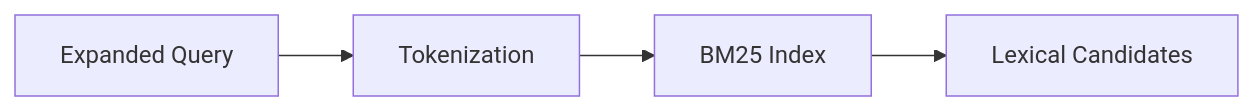
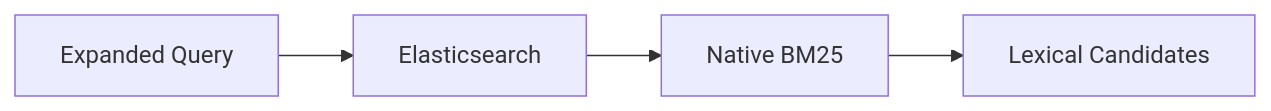
Before and after one commit to AdithyaGopakumar/Advanced-RAG-Banking: the fourth of 17 diagrams in docs/RAG_DESIGN.md, drawn with Mermaid. The commit also changed other lines of this file and 8 other files, not shown here.

````diff
--- a/docs/RAG_DESIGN.md
+++ b/docs/RAG_DESIGN.md
@@ -223,6 +223,6 @@
 ```mermaid
 flowchart LR
-    Query["Expanded Query"] --> Tokenize["Tokenization"]
-    Tokenize --> BM25["BM25 Index"]
+    Query["Expanded Query"] --> ES["Elasticsearch"]
+    ES --> BM25["Native BM25"]
     BM25 --> Results["Lexical Candidates"]
 ```
````
